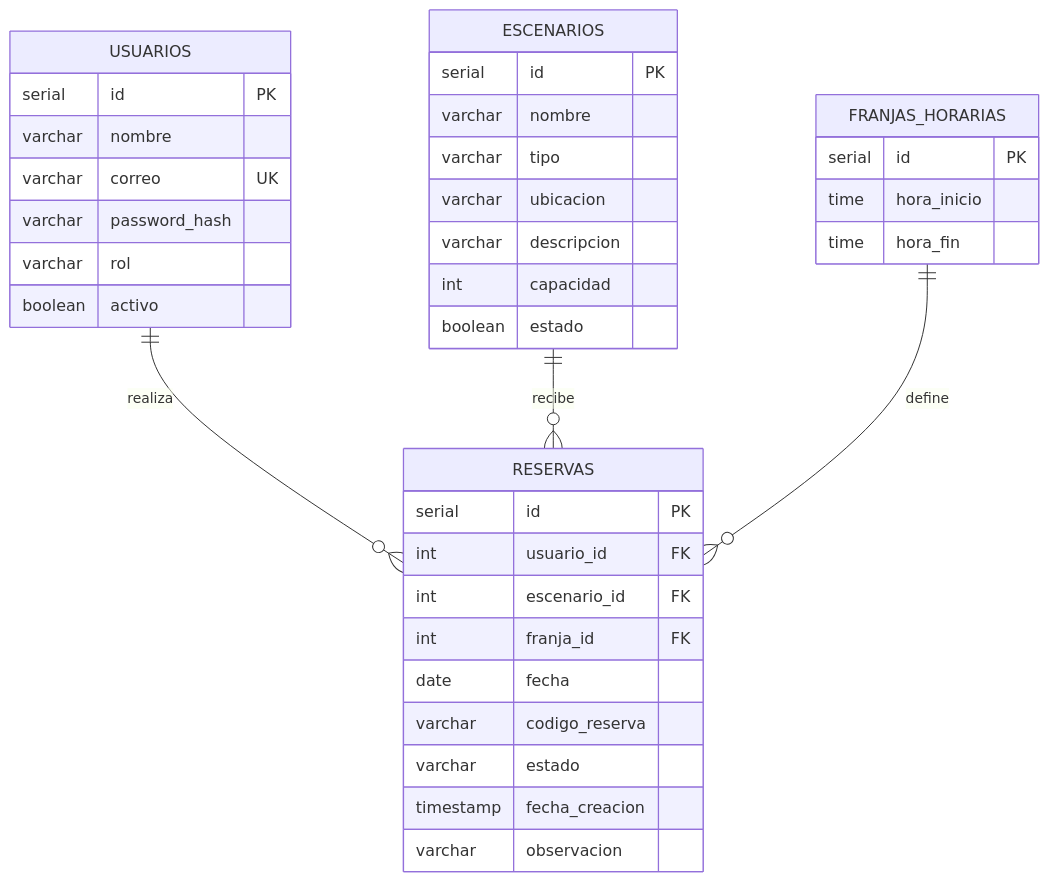
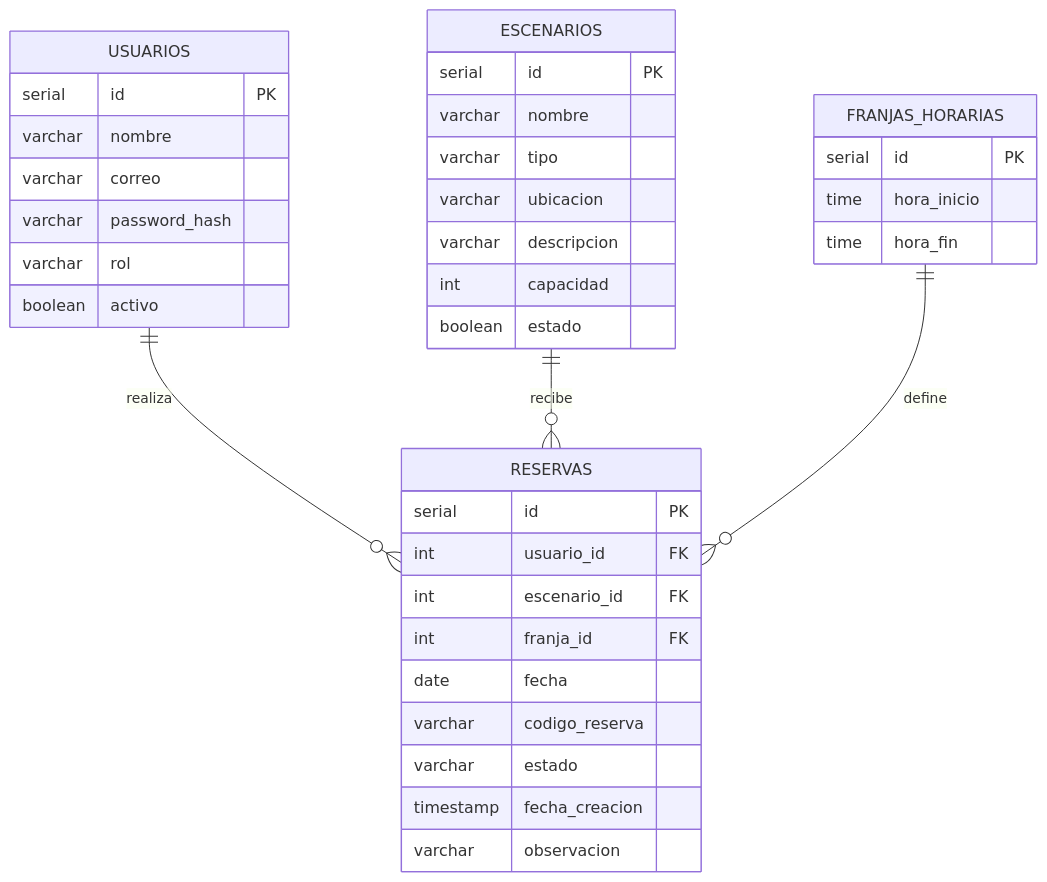
The diagram in docs/esquema-bd.md (zandrewsssz78-blip/ArenaHub), drawn with Mermaid before and after one commit.

Commit message:
corrección correo

````diff
--- a/docs/esquema-bd.md
+++ b/docs/esquema-bd.md
@@ -1,39 +1,39 @@
 ```mermaid
 erDiagram
   USUARIOS ||--o{ RESERVAS : realiza
   ESCENARIOS ||--o{ RESERVAS : recibe
   FRANJAS_HORARIAS ||--o{ RESERVAS : define
   USUARIOS {
     serial id PK
     varchar nombre
-    varchar correo UK
+    varchar correo
     varchar password_hash
     varchar rol
     boolean activo
   }
   ESCENARIOS {
     serial id PK
     varchar nombre
     varchar tipo
     varchar ubicacion
     varchar descripcion
     int capacidad
     boolean estado
   }
   FRANJAS_HORARIAS {
     serial id PK
     time hora_inicio
     time hora_fin
   }
   RESERVAS {
     serial id PK
     int usuario_id FK
     int escenario_id FK
     int franja_id FK
     date fecha
     varchar codigo_reserva
     varchar estado
     timestamp fecha_creacion
     varchar observacion
   }
 ```
````
